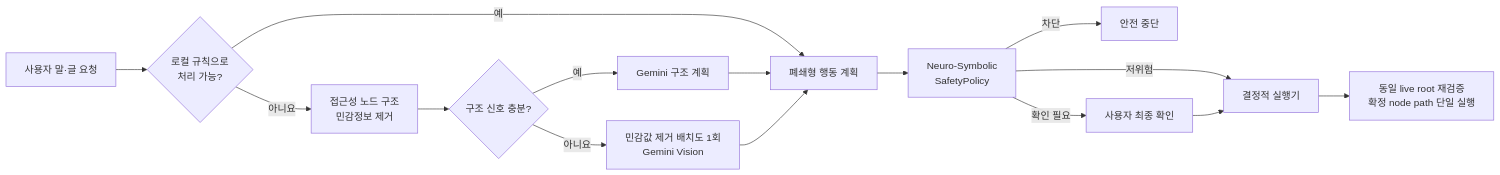
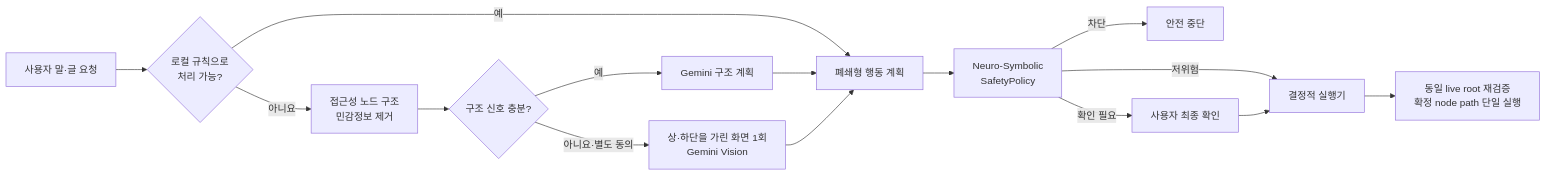
One commit to hwanghj09/sonju changed the diagram in README.md. Above: the diagram before and after it, drawn with Mermaid. The commit also changed other lines of this file and 51 other files, not shown here.

````diff
--- a/README.md
+++ b/README.md
@@ -31,17 +34,17 @@
 ```mermaid
 flowchart LR
     U["사용자 말·글 요청"] --> L{"로컬 규칙으로<br/>처리 가능?"}
     L -->|예| P["폐쇄형 행동 계획"]
     L -->|아니요| A["접근성 노드 구조<br/>민감정보 제거"]
     A --> S{"구조 신호 충분?"}
     S -->|예| G["Gemini 구조 계획"]
-    S -->|아니요| V["민감값 제거 배치도 1회<br/>Gemini Vision"]
+    S -->|아니요·별도 동의| V["상·하단을 가린 화면 1회<br/>Gemini Vision"]
     G --> P
     V --> P
     P --> N["Neuro-Symbolic<br/>SafetyPolicy"]
     N -->|차단| X["안전 중단"]
     N -->|확인 필요| C["사용자 최종 확인"]
     N -->|저위험| E["결정적 실행기"]
     C --> E
     E --> R["동일 live root 재검증<br/>확정 node path 단일 실행"]
 ```
````
